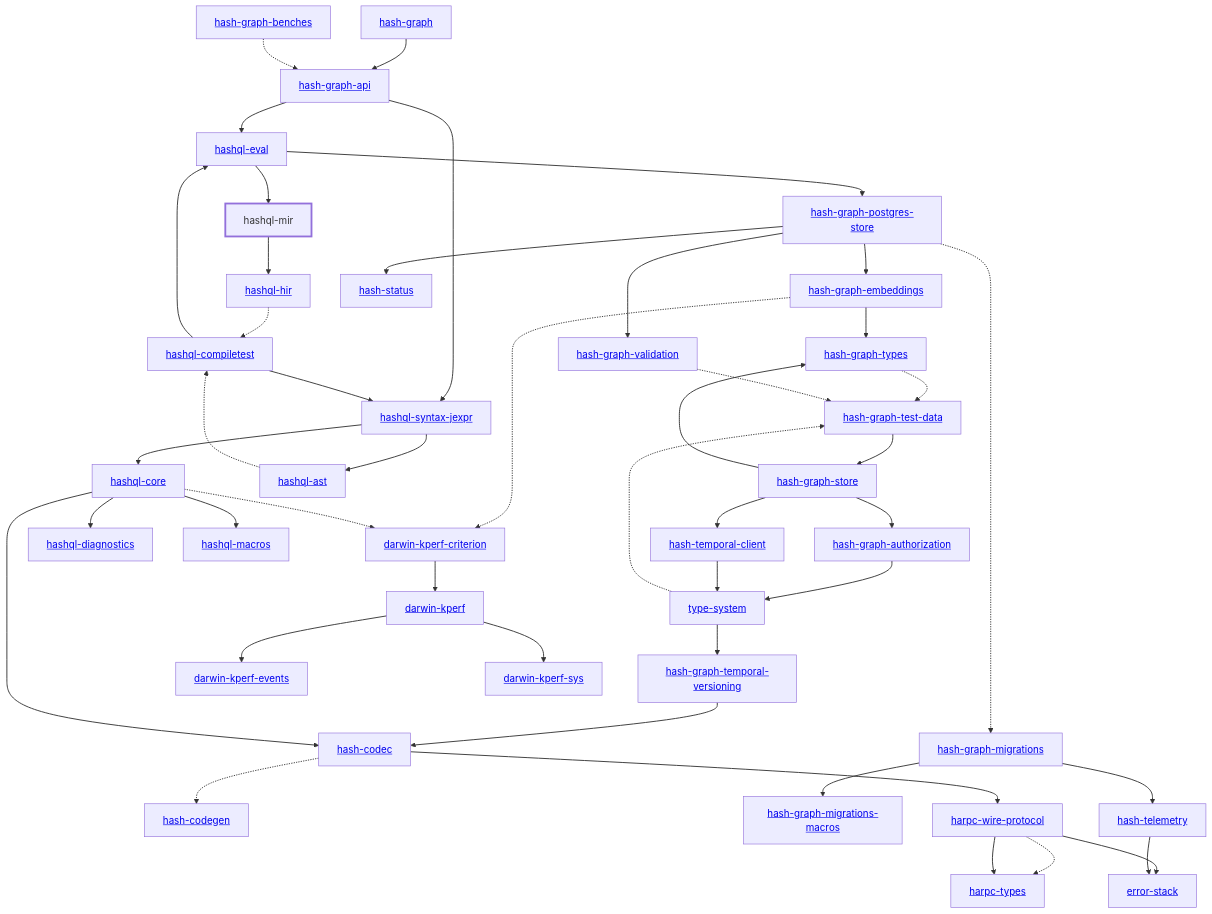
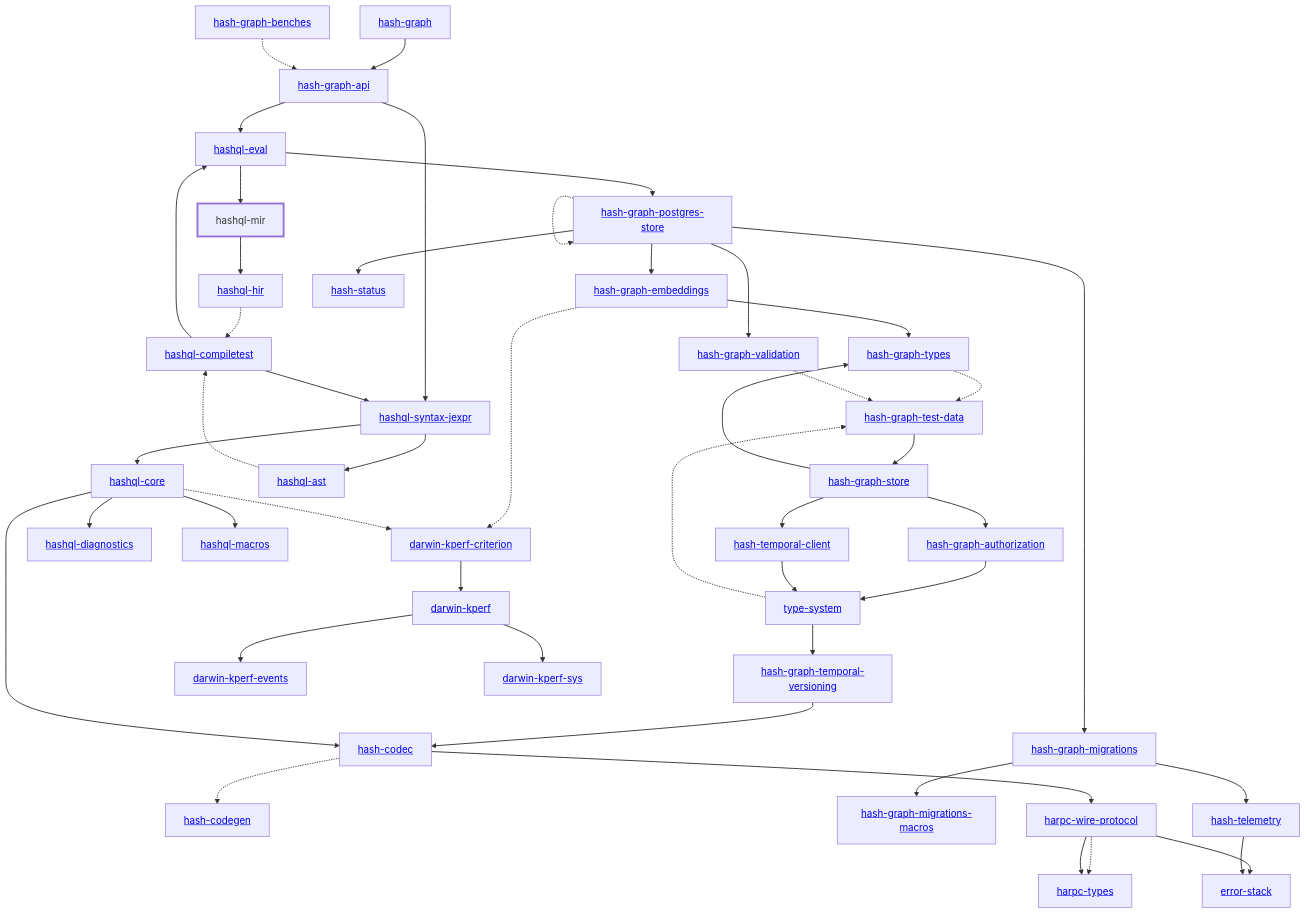
Before and after one commit to AKJUS/akin-hash: the diagram in libs/@local/hashql/mir/docs/dependency-diagram.mmd, drawn with Mermaid. The commit also changed 93 other files, not shown here.

```diff
--- a/libs/@local/hashql/mir/docs/dependency-diagram.mmd
+++ b/libs/@local/hashql/mir/docs/dependency-diagram.mmd
@@ -1,91 +1,92 @@
 graph TD
     linkStyle default stroke-width:1.5px
     classDef default stroke-width:1px
     classDef root stroke-width:3px
     classDef dev stroke-width:1px
     classDef build stroke-width:1px
     %% Legend
     %% --> : Normal dependency
     %% -.-> : Dev dependency
     %% ---> : Build dependency
     0[<a href="../hash_graph/index.html">hash-graph</a>]
     1[<a href="../type_system/index.html">type-system</a>]
     2[<a href="../hash_codec/index.html">hash-codec</a>]
     3[<a href="../hash_codegen/index.html">hash-codegen</a>]
     4[<a href="../hash_graph_api/index.html">hash-graph-api</a>]
     5[<a href="../hash_graph_authorization/index.html">hash-graph-authorization</a>]
     6[<a href="../hash_graph_embeddings/index.html">hash-graph-embeddings</a>]
     7[<a href="../hash_graph_migrations/index.html">hash-graph-migrations</a>]
     8[<a href="../hash_graph_migrations_macros/index.html">hash-graph-migrations-macros</a>]
     9[<a href="../hash_graph_postgres_store/index.html">hash-graph-postgres-store</a>]
     10[<a href="../hash_graph_store/index.html">hash-graph-store</a>]
     11[<a href="../hash_graph_temporal_versioning/index.html">hash-graph-temporal-versioning</a>]
     12[<a href="../hash_graph_types/index.html">hash-graph-types</a>]
     13[<a href="../hash_graph_validation/index.html">hash-graph-validation</a>]
     14[<a href="../harpc_types/index.html">harpc-types</a>]
     15[<a href="../harpc_wire_protocol/index.html">harpc-wire-protocol</a>]
     16[<a href="../hashql_ast/index.html">hashql-ast</a>]
     17[<a href="../hashql_compiletest/index.html">hashql-compiletest</a>]
     18[<a href="../hashql_core/index.html">hashql-core</a>]
     19[<a href="../hashql_diagnostics/index.html">hashql-diagnostics</a>]
     20[<a href="../hashql_eval/index.html">hashql-eval</a>]
     21[<a href="../hashql_hir/index.html">hashql-hir</a>]
     22[<a href="../hashql_macros/index.html">hashql-macros</a>]
     23[hashql-mir]
     class 23 root
     24[<a href="../hashql_syntax_jexpr/index.html">hashql-syntax-jexpr</a>]
     25[<a href="../hash_status/index.html">hash-status</a>]
     26[<a href="../hash_telemetry/index.html">hash-telemetry</a>]
     27[<a href="../hash_temporal_client/index.html">hash-temporal-client</a>]
     28[<a href="../darwin_kperf/index.html">darwin-kperf</a>]
     29[<a href="../darwin_kperf_criterion/index.html">darwin-kperf-criterion</a>]
     30[<a href="../darwin_kperf_events/index.html">darwin-kperf-events</a>]
     31[<a href="../darwin_kperf_sys/index.html">darwin-kperf-sys</a>]
     32[<a href="../error_stack/index.html">error-stack</a>]
     33[<a href="../hash_graph_benches/index.html">hash-graph-benches</a>]
     34[<a href="../hash_graph_test_data/index.html">hash-graph-test-data</a>]
     0 --> 4
     1 --> 11
     1 -.-> 34
     2 -.-> 3
     2 --> 15
     4 --> 20
     4 --> 24
     5 --> 1
     6 --> 12
     6 -.-> 29
     7 --> 8
     7 --> 26
     9 --> 6
-    9 -.-> 7
+    9 --> 7
+    9 -.-> 9
     9 --> 13
     9 --> 25
     10 --> 5
     10 --> 12
     10 --> 27
     11 --> 2
     12 -.-> 34
     13 -.-> 34
     15 -.-> 14
     15 --> 14
     15 --> 32
     16 -.-> 17
     17 --> 20
     17 --> 24
     18 --> 2
     18 --> 19
     18 --> 22
     18 -.-> 29
     20 --> 9
     20 --> 23
     21 -.-> 17
     23 --> 21
     24 --> 16
     24 --> 18
     26 --> 32
     27 --> 1
     28 --> 30
     28 --> 31
     29 --> 28
     33 -.-> 4
     34 --> 10
```
